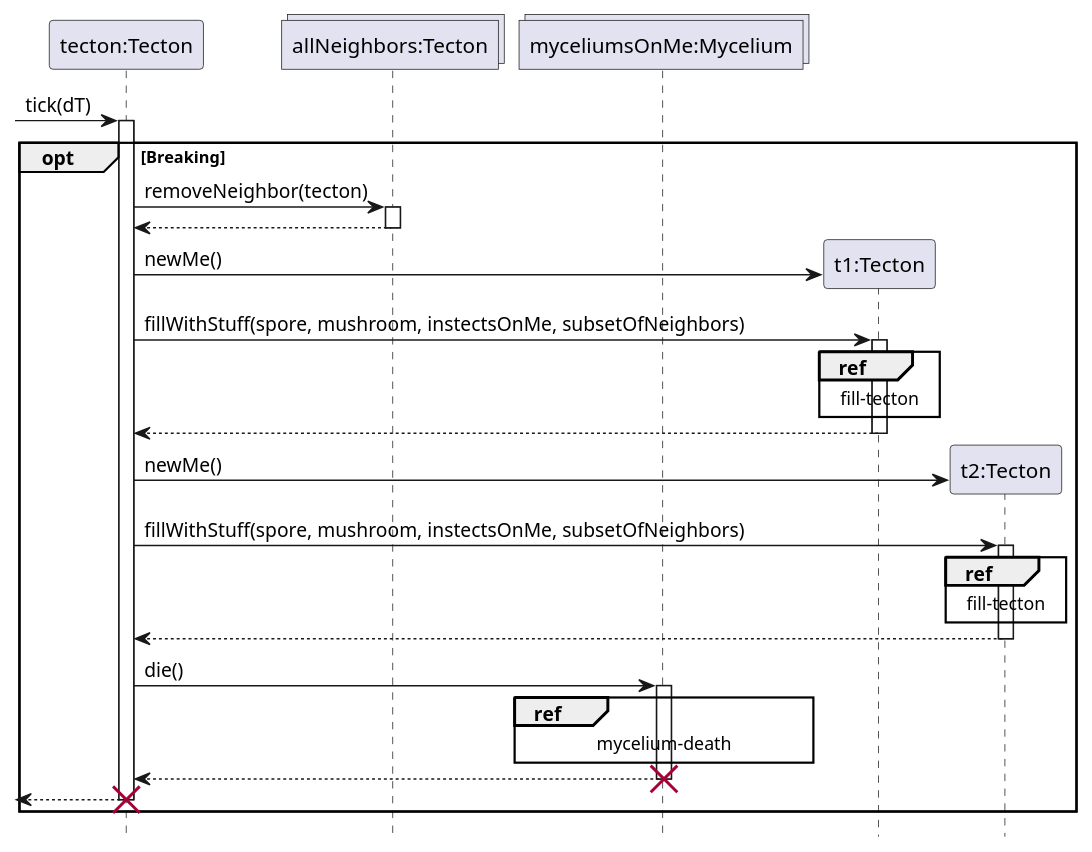
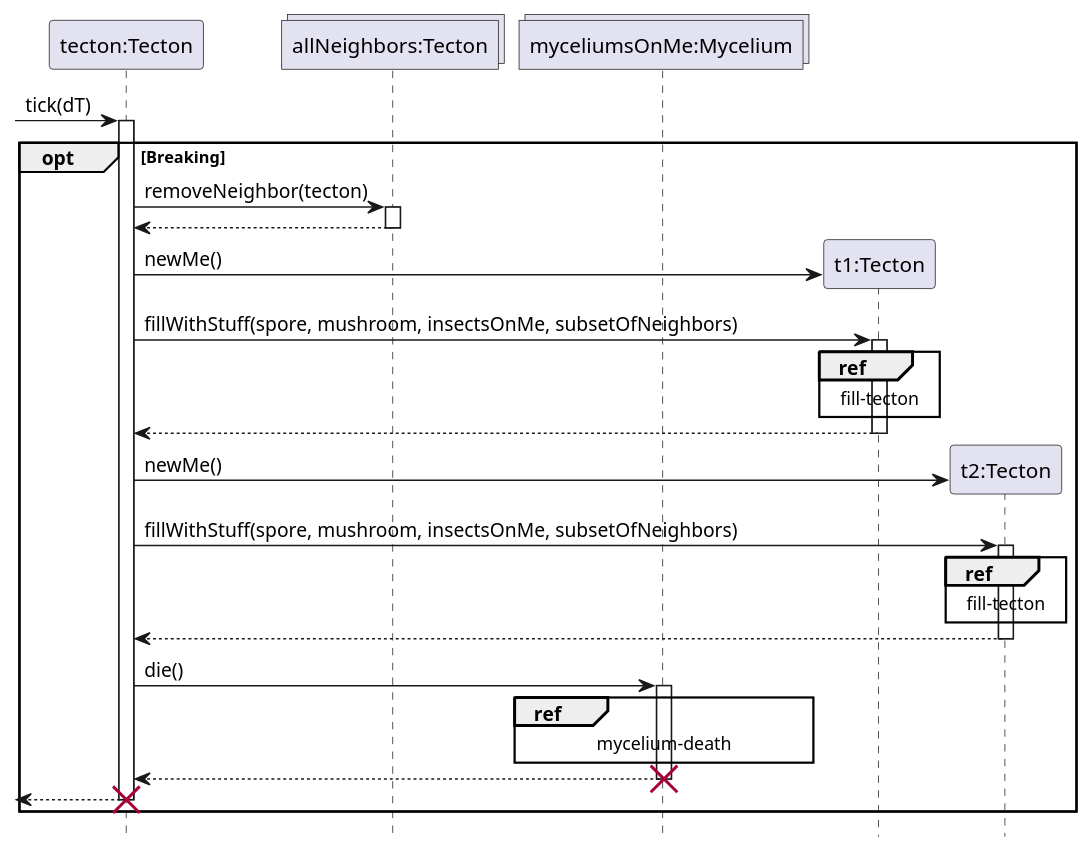
One commit to ZD4ve/projlab-error521 changed the diagram in Tecton/tecton-break-seq.pu. Above: the diagram before and after it, drawn with PlantUML. The commit also changed 1 other file, not shown here.

```diff
--- a/Tecton/tecton-break-seq.pu
+++ b/Tecton/tecton-break-seq.pu
@@ -1,49 +1,49 @@
 @startuml Tecton/tecton-break-seq
 hide footbox
 
 participant "tecton:Tecton" as Dying
 collections "allNeighbors:Tecton" as allNeighbors
 collections "myceliumsOnMe:Mycelium" as target
 
 -> Dying : tick(dT)
 activate Dying
 opt Breaking
 
 Dying -> allNeighbors : removeNeighbor(tecton)
 activate allNeighbors
 return
 
 create "t1:Tecton" as New1
 Dying -> New1 : newMe()
-Dying -> New1 : fillWithStuff(spore, mushroom, instectsOnMe, subsetOfNeighbors)
+Dying -> New1 : fillWithStuff(spore, mushroom, insectsOnMe, subsetOfNeighbors)
 activate New1
 ref over New1
     fill-tecton
 end ref
 return
 
 create "t2:Tecton" as New2
 'Newme helyett mi'
 Dying -> New2 : newMe()
-Dying -> New2 : fillWithStuff(spore, mushroom, instectsOnMe, subsetOfNeighbors)
+Dying -> New2 : fillWithStuff(spore, mushroom, insectsOnMe, subsetOfNeighbors)
 activate New2
 ref over New2
     fill-tecton
 end ref
 return
 
 Dying -> target : die()
 activate target
 
 ref over target
     mycelium-death
 end ref
 
 return
 destroy target
 
 <-- Dying
 destroy Dying
 end
 
 @enduml
```
